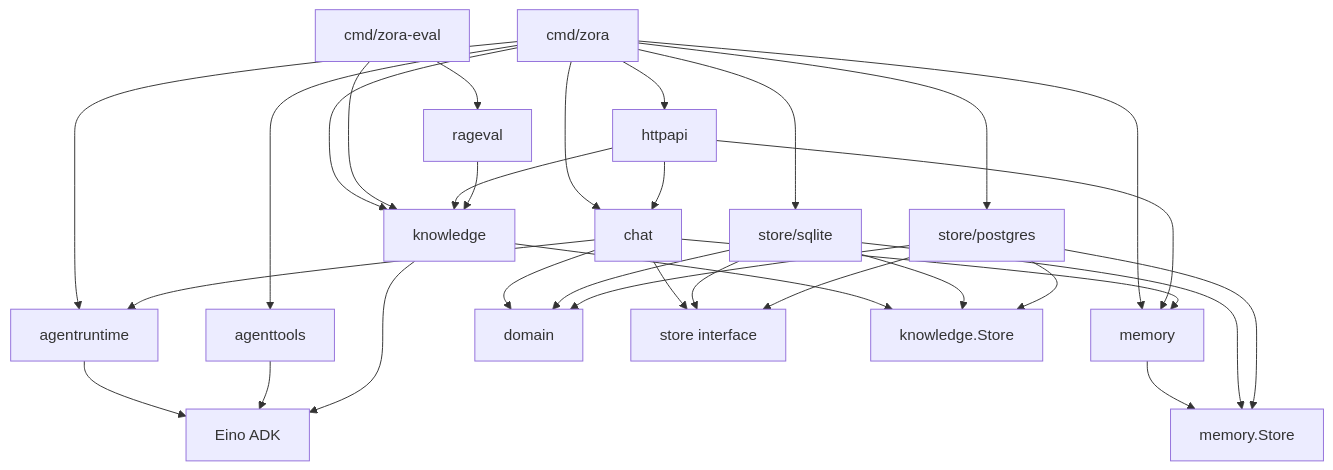
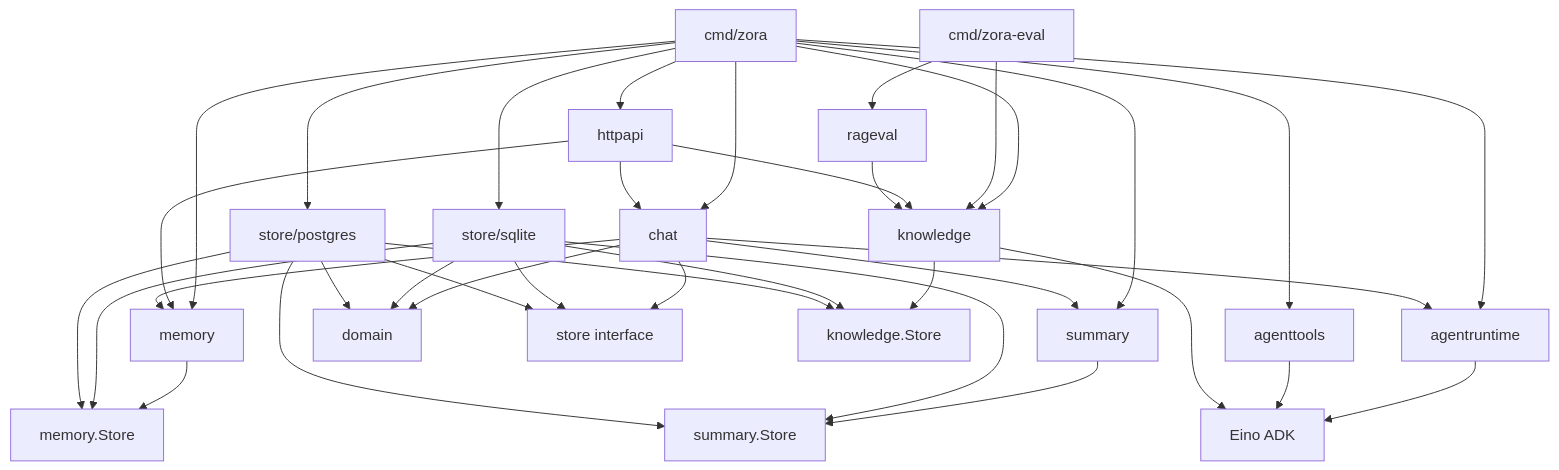
Before and after one commit to zora-DD/zora: the first of 7 diagrams in docs/technical-design.md, drawn with Mermaid. The commit also changed other lines of this file and 27 other files, not shown here.

````diff
--- a/docs/technical-design.md
+++ b/docs/technical-design.md
@@ -50,34 +51,39 @@
 ```mermaid
 flowchart TD
     Main["cmd/zora"] --> HTTP["httpapi"]
     Main --> Chat["chat"]
     Main --> Runtime["agentruntime"]
     Main --> SQLite["store/sqlite"]
     Main --> Postgres["store/postgres"]
     Main --> Tools["agenttools"]
     Main --> Knowledge["knowledge"]
     Main --> Memory["memory"]
+    Main --> Summary["summary"]
     Eval["cmd/zora-eval"] --> RAGEval["rageval"]
     Eval --> Knowledge
     HTTP --> Chat
     HTTP --> Knowledge
     HTTP --> Memory
     Chat --> Domain["domain"]
     Chat --> Store["store interface"]
     Chat --> Runtime
     Chat --> Memory
+    Chat --> Summary
     Runtime --> Eino["Eino ADK"]
     Tools --> Eino
     Knowledge --> Eino
     Knowledge --> KStore["knowledge.Store"]
     Memory --> MStore["memory.Store"]
+    Summary --> SStore["summary.Store"]
     RAGEval --> Knowledge
     SQLite --> Store
     SQLite --> KStore
     SQLite --> MStore
+    SQLite --> SStore
     SQLite --> Domain
     Postgres --> Store
     Postgres --> KStore
     Postgres --> MStore
+    Postgres --> SStore
     Postgres --> Domain
 ```
````
